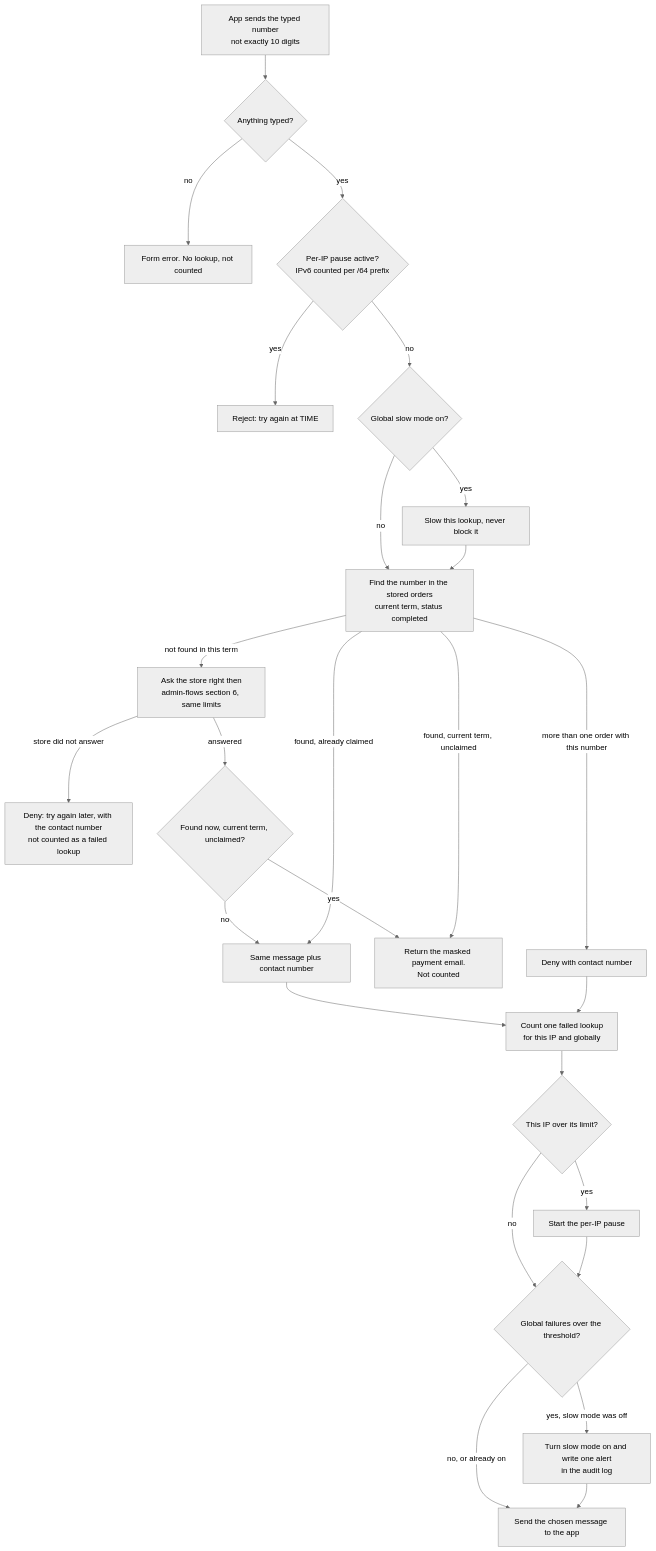
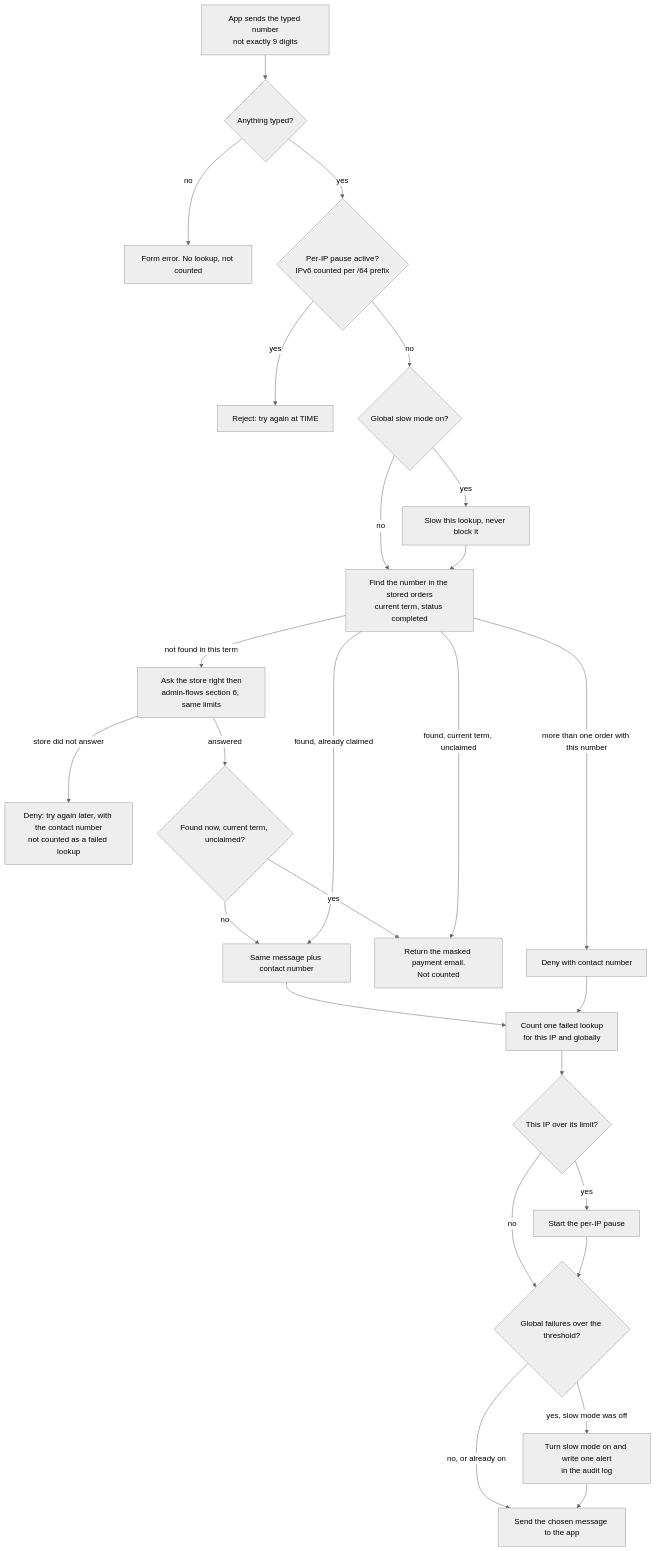
The second of 8 diagrams in docs/design/registration-flows.md (Th3-Minorities/natatorio-gym-app), drawn with Mermaid (neutral theme) before and after one commit. The commit also changed other lines of this file and 5 other files, not shown here.

````diff
--- a/docs/design/registration-flows.md
+++ b/docs/design/registration-flows.md
@@ -57,28 +57,28 @@
 ```mermaid
 flowchart TD
-  IN["App sends the typed number<br/>not exactly 10 digits"] --> FMT{"Anything typed?"}
+  IN["App sends the typed number<br/>not exactly 9 digits"] --> FMT{"Anything typed?"}
   FMT -->|"no"| X0["Form error. No lookup, not counted"]
   FMT -->|"yes"| IPP{"Per-IP pause active?<br/>IPv6 counted per /64 prefix"}
   IPP -->|"yes"| X1["Reject: try again at TIME"]
   IPP -->|"no"| SLOW{"Global slow mode on?"}
   SLOW -->|"yes"| WAIT["Slow this lookup, never block it"]
   SLOW -->|"no"| Q
   WAIT --> Q["Find the number in the stored orders<br/>current term, status completed"]
   Q -->|"not found in this term"| ASK["Ask the store right then<br/>admin-flows section 6, same limits"]
   ASK -->|"store did not answer"| SD["Deny: try again later, with the contact number<br/>not counted as a failed lookup"]
   ASK -->|"answered"| Q2{"Found now, current term, unclaimed?"}
   Q2 -->|"no"| FAIL["Same message plus contact number"]
   Q2 -->|"yes"| GOOD["Return the masked payment email.<br/>Not counted"]
   Q -->|"found, already claimed"| FAIL
   Q -->|"more than one order with this number"| DUP["Deny with contact number"]
   Q -->|"found, current term, unclaimed"| GOOD
   FAIL --> CNT["Count one failed lookup<br/>for this IP and globally"]
   DUP --> CNT
   CNT --> T1{"This IP over its limit?"}
   T1 -->|"yes"| P1["Start the per-IP pause"]
   T1 -->|"no"| T2
   P1 --> T2{"Global failures over the threshold?"}
   T2 -->|"yes, slow mode was off"| P2["Turn slow mode on and write one alert<br/>in the audit log"]
   T2 -->|"no, or already on"| RESP["Send the chosen message to the app"]
   P2 --> RESP
 ```
````
